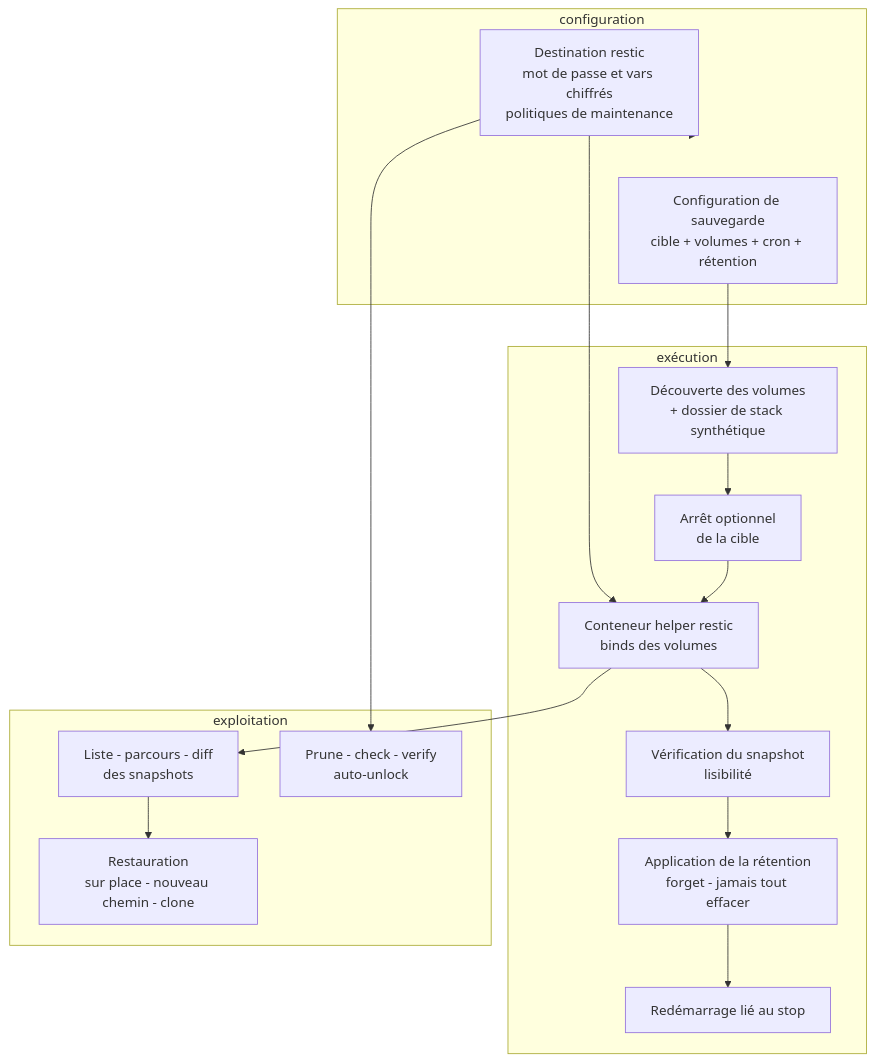
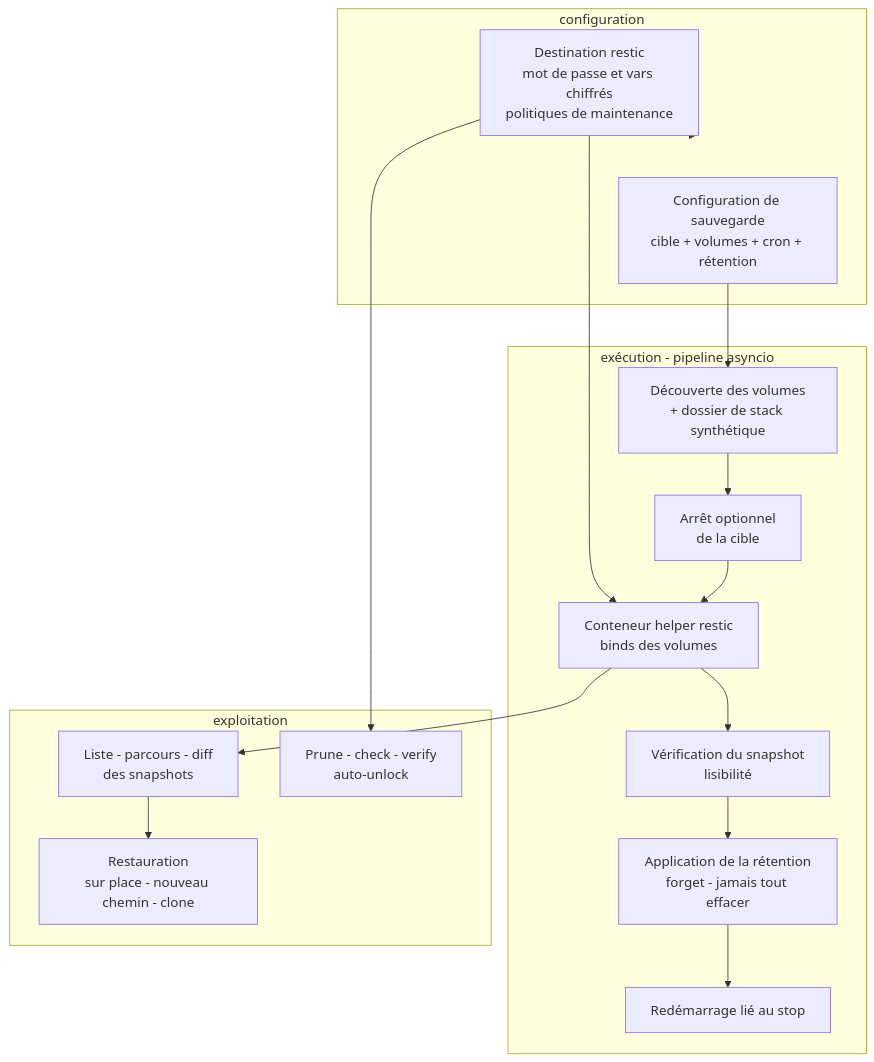
The first of 2 diagrams in docs/spec_dockhand_reference/11-sauvegardes.md (stefapi/windflow), drawn with Mermaid before and after one commit. The commit also changed other lines of this file and 15 other files, not shown here.

````diff
--- a/docs/spec_dockhand_reference/11-sauvegardes.md
+++ b/docs/spec_dockhand_reference/11-sauvegardes.md
@@ -42,30 +38,30 @@
 ```mermaid
 flowchart TB
     subgraph Config[ configuration ]
         DEST[Destination restic<br/>mot de passe et vars chiffrés<br/>politiques de maintenance]
         CONF[Configuration de sauvegarde<br/>cible + volumes + cron + rétention]
     end
 
-    subgraph Run[ exécution ]
+    subgraph Run[ exécution - pipeline asyncio ]
         DISC[Découverte des volumes<br/>+ dossier de stack synthétique]
         STOP[Arrêt optionnel<br/>de la cible]
         HELP[Conteneur helper restic<br/>binds des volumes]
         VERIF[Vérification du snapshot<br/>lisibilité]
         RET[Application de la rétention<br/>forget - jamais tout effacer]
         RESTART[Redémarrage lié au stop]
     end
 
     subgraph Après[ exploitation ]
         SNAP[Liste - parcours - diff<br/>des snapshots]
         REST[Restauration<br/>sur place - nouveau chemin - clone]
         MAINT[Prune - check - verify<br/>auto-unlock]
     end
 
     DEST --> Config
     CONF --> DISC
     DEST --> HELP
     DISC --> STOP --> HELP --> VERIF --> RET --> RESTART
     HELP --> SNAP
     SNAP --> REST
     DEST --> MAINT
 ```
````
